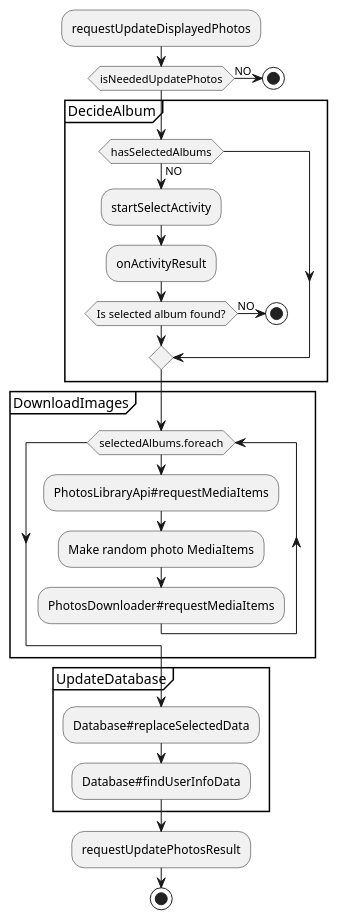
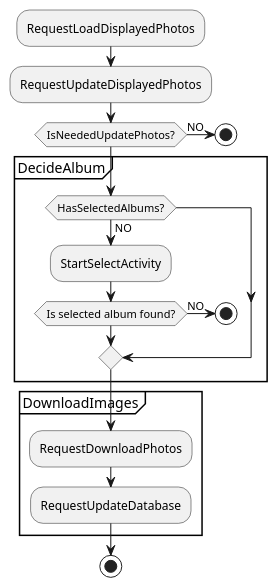
One commit to sallyluenoa/PhotoSlideShow changed the diagram in uml/main/activity_diagram_main_bk.md. Above: the diagram before and after it, drawn with PlantUML. The commit also changed 18 other files, not shown here.

First line of the commit message:
Write UML for design #13

```diff
--- a/uml/main/activity_diagram_main_bk.md
+++ b/uml/main/activity_diagram_main_bk.md
@@ -1,34 +1,25 @@
 @startuml
-:requestUpdateDisplayedPhotos;
+:RequestLoadDisplayedPhotos;
+:RequestUpdateDisplayedPhotos;
 
-if (isNeededUpdatePhotos) then (NO)
+if (IsNeededUpdatePhotos?) then (NO)
   stop
 endif
 
 partition DecideAlbum {
-  if (hasSelectedAlbums) then (NO)
-    :startSelectActivity;
-    :onActivityResult;
+  if (HasSelectedAlbums?) then (NO)
+    :StartSelectActivity;
 
     if (Is selected album found?) then (NO)
       stop
     endif
   endif
 }
 
 partition DownloadImages {
-  while (selectedAlbums.foreach)
-    :PhotosLibraryApi#requestMediaItems;
-    :Make random photo MediaItems;
-    :PhotosDownloader#requestMediaItems;
-  end while
+  :RequestDownloadPhotos;
+  :RequestUpdateDatabase;
 }
 
-partition UpdateDatabase {
-  :Database#replaceSelectedData;
-  :Database#findUserInfoData;
-}
-
-:requestUpdatePhotosResult;
 stop
 @enduml
```
